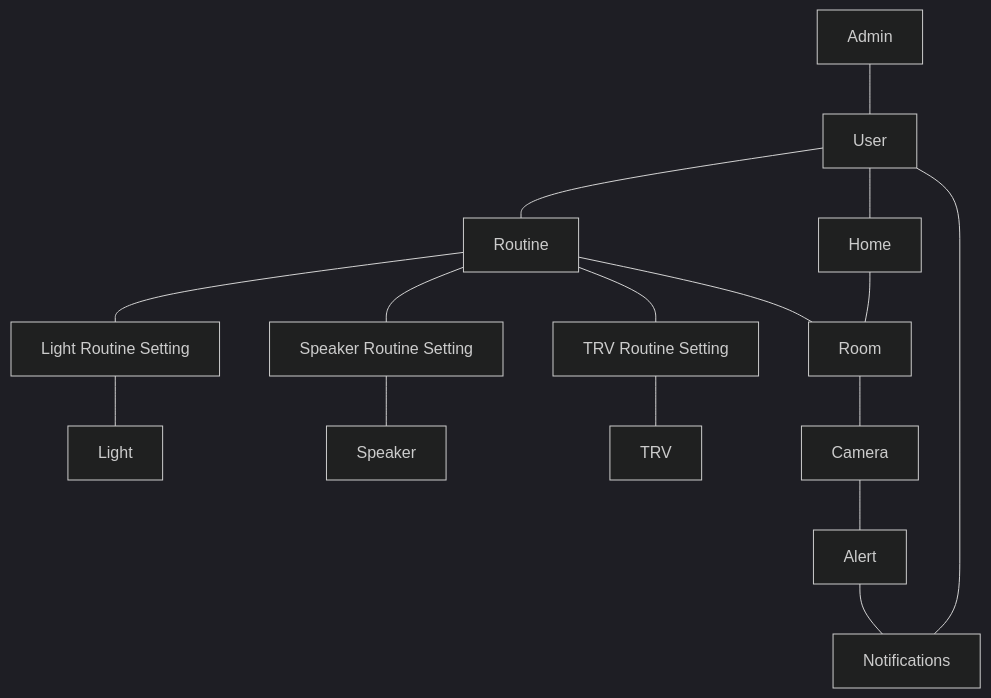
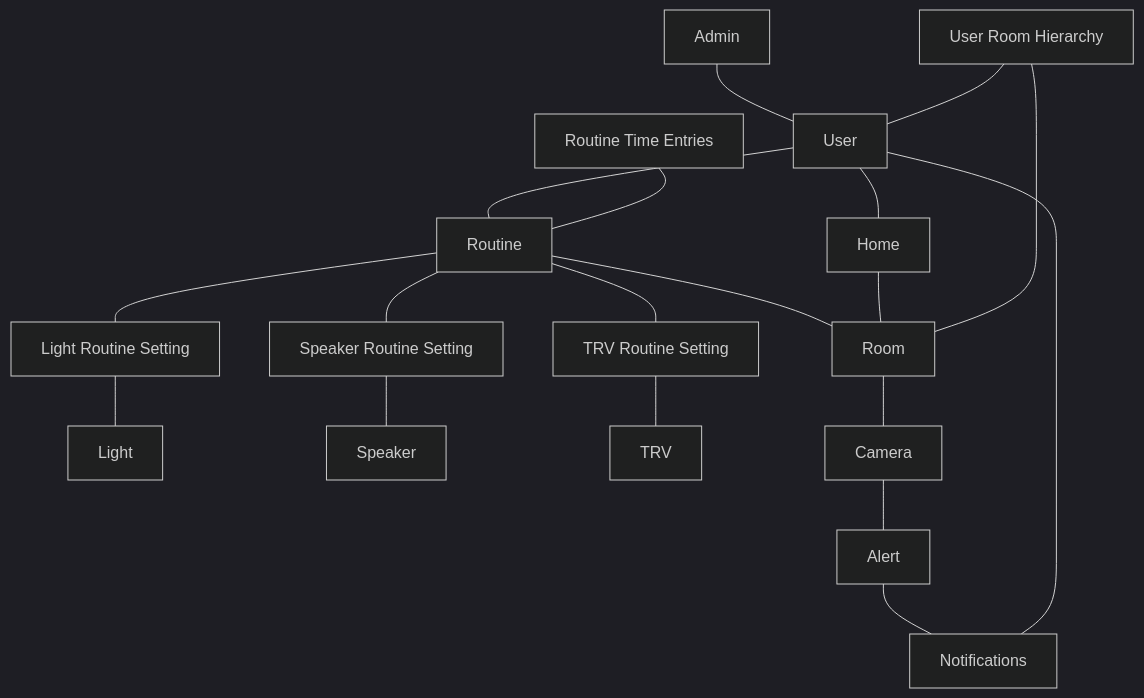
The first of 2 diagrams in README.md (cmurphy88/jarvis), drawn with Mermaid (dark theme) before and after one commit.

````diff
--- a/README.md
+++ b/README.md
@@ -4,18 +4,21 @@
 ```mermaid
 graph TD
     A[Admin] --- B[User]
     B --- D[Routine]
     D --- E[Room]
     D --- F[Light Routine Setting]
     D --- G[Speaker Routine Setting]
     D --- H[TRV Routine Setting]
     F --- I[Light]
     G --- J[Speaker]
     H --- K[TRV]
     E --- L[Camera]
     M[Home] --- E
     L --- N[Alert]
     N --- O[Notifications]
     O --- B
     B --- M
+    P[User Room Hierarchy] --- E
+    Q[Routine Time Entries] --- D
+    P --- B
 ```
````
